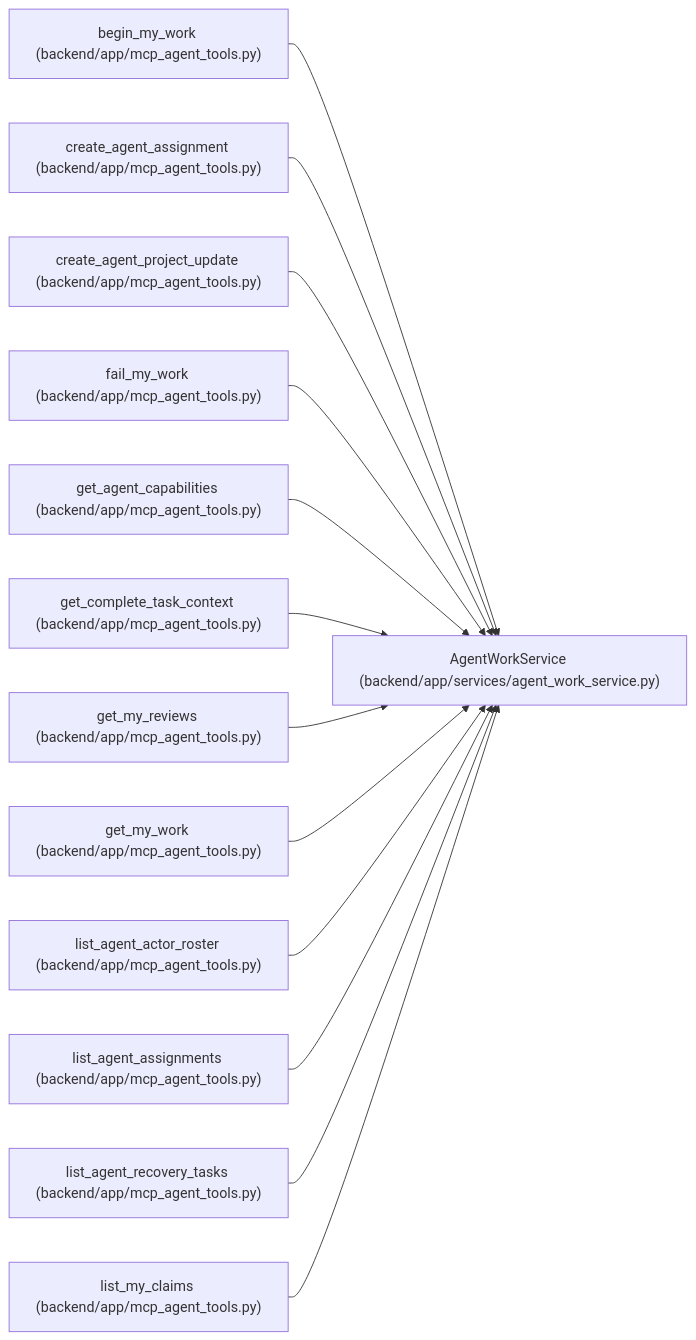
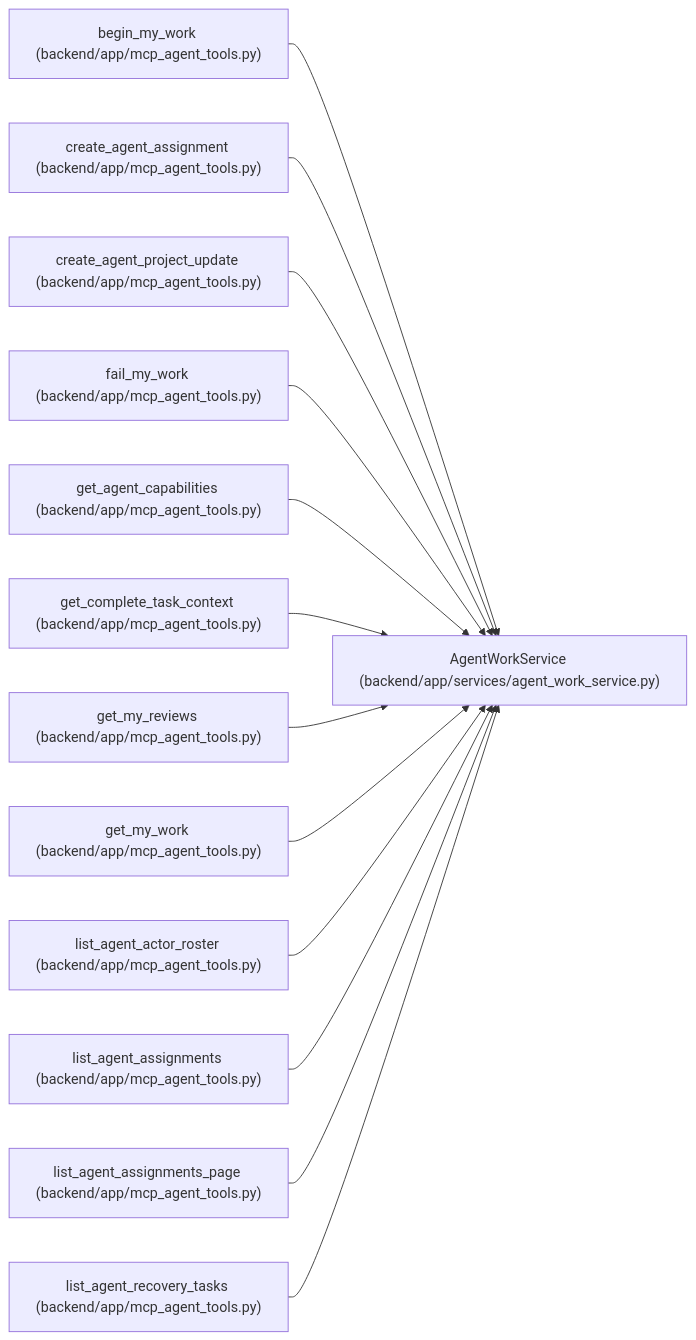
One commit to Denissvgn/WorkChord changed the diagram in docs/llm_wiki/entities/AgentWorkService.md. Above: the diagram before and after it, drawn with Mermaid. The commit also changed other lines of this file and 1817 other files, not shown here.

First line of the commit message:
Refresh the architectural wiki for the 1.9.0 changes

````diff
--- a/docs/llm_wiki/entities/AgentWorkService.md
+++ b/docs/llm_wiki/entities/AgentWorkService.md
@@ -110,41 +113,41 @@
 ```mermaid
 flowchart LR
     n0["AgentWorkService (backend/app/services/agent_work_service.py)"]
     n1["begin_my_work (backend/app/mcp_agent_tools.py)"]
     n2["create_agent_assignment (backend/app/mcp_agent_tools.py)"]
     n3["create_agent_project_update (backend/app/mcp_agent_tools.py)"]
     n4["fail_my_work (backend/app/mcp_agent_tools.py)"]
     n5["get_agent_capabilities (backend/app/mcp_agent_tools.py)"]
     n6["get_complete_task_context (backend/app/mcp_agent_tools.py)"]
     n7["get_my_reviews (backend/app/mcp_agent_tools.py)"]
     n8["get_my_work (backend/app/mcp_agent_tools.py)"]
     n9["list_agent_actor_roster (backend/app/mcp_agent_tools.py)"]
     n10["list_agent_assignments (backend/app/mcp_agent_tools.py)"]
-    n11["list_agent_recovery_tasks (backend/app/mcp_agent_tools.py)"]
-    n12["list_my_claims (backend/app/mcp_agent_tools.py)"]
+    n11["list_agent_assignments_page (backend/app/mcp_agent_tools.py)"]
+    n12["list_agent_recovery_tasks (backend/app/mcp_agent_tools.py)"]
     n1 --> n0
     n2 --> n0
     n3 --> n0
     n4 --> n0
     n5 --> n0
     n6 --> n0
     n7 --> n0
     n8 --> n0
     n9 --> n0
     n10 --> n0
     n11 --> n0
     n12 --> n0
     click n0 "../modules/agent_work_service.md"
     click n1 "../modules/mcp_agent_tools.md"
     click n2 "../modules/mcp_agent_tools.md"
     click n3 "../modules/mcp_agent_tools.md"
     click n4 "../modules/mcp_agent_tools.md"
     click n5 "../modules/mcp_agent_tools.md"
     click n6 "../modules/mcp_agent_tools.md"
     click n7 "../modules/mcp_agent_tools.md"
     click n8 "../modules/mcp_agent_tools.md"
     click n9 "../modules/mcp_agent_tools.md"
     click n10 "../modules/mcp_agent_tools.md"
     click n11 "../modules/mcp_agent_tools.md"
     click n12 "../modules/mcp_agent_tools.md"
 ```
````
